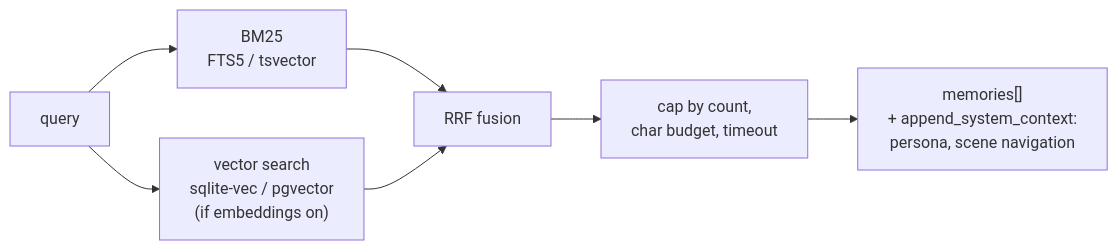
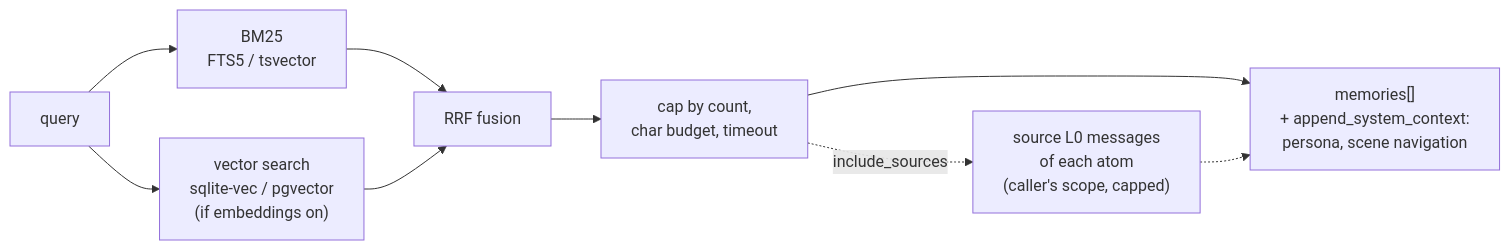
One commit to hsuanshao/AgentMemory changed the eighth of 12 diagrams in docs/ARCHITECTURE.md. Above: the diagram before and after it, drawn with Mermaid. The commit also changed other lines of this file and 5 other files, not shown here.

First line of the commit message:
docs: recall's source conversation in the architecture and collaboration guides

````diff
--- a/docs/ARCHITECTURE.md
+++ b/docs/ARCHITECTURE.md
@@ -232,9 +232,11 @@
 ```mermaid
 flowchart LR
   Q[query] --> BM["BM25<br/>FTS5 / tsvector"]
   Q --> V["vector search<br/>sqlite-vec / pgvector<br/>(if embeddings on)"]
   BM --> RRF[RRF fusion]
   V --> RRF
   RRF --> CAP["cap by count,<br/>char budget, timeout"]
   CAP --> OUT["memories[]<br/>+ append_system_context:<br/>persona, scene navigation"]
+  CAP -. "include_sources" .-> SRC["source L0 messages<br/>of each atom<br/>(caller's scope, capped)"]
+  SRC -.-> OUT
 ```
````
